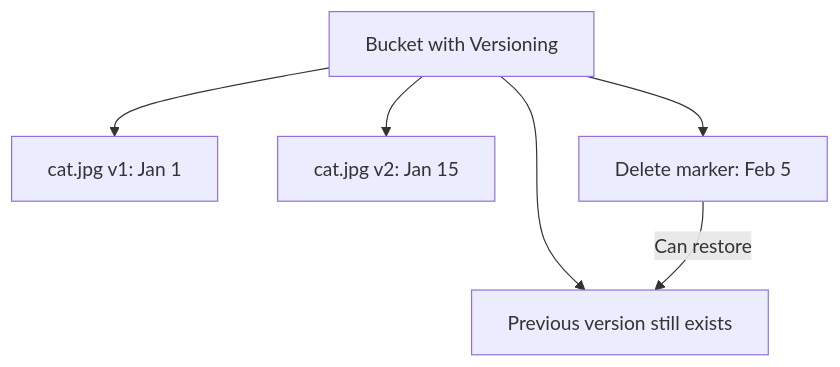
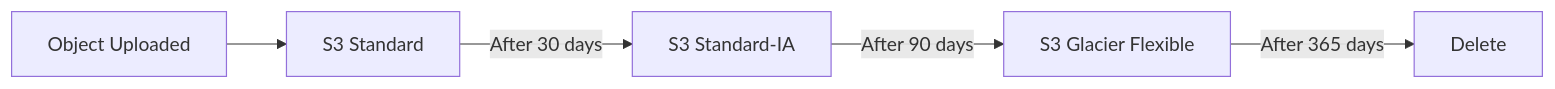
One commit to vanos001/placement_prep changed the fourth of 13 diagrams in src/cloud/aws/s3.md. Above: the diagram before and after it, drawn with Mermaid. The commit also changed other lines of this file, not shown here.

````diff
--- a/src/cloud/aws/s3.md
+++ b/src/cloud/aws/s3.md
@@ -58,9 +92,7 @@
 ```mermaid
-graph TD
-    BUCKET[Bucket with Versioning] --> V1[cat.jpg v1: Jan 1]
-    BUCKET --> V2[cat.jpg v2: Jan 15]
-    BUCKET --> V3[cat.jpg v3: Feb 1]
-    BUCKET --> DEL[Delete marker: Feb 5]
-
-    DEL -->|Can restore| V3[Previous version still exists]
+graph LR
+    UPLOAD[Object Uploaded] --> STD[S3 Standard]
+    STD --> |After 30 days| IA[S3 Standard-IA]
+    IA --> |After 90 days| GL[S3 Glacier Flexible]
+    GL --> |After 365 days| DEL[Delete]
 ```
````
